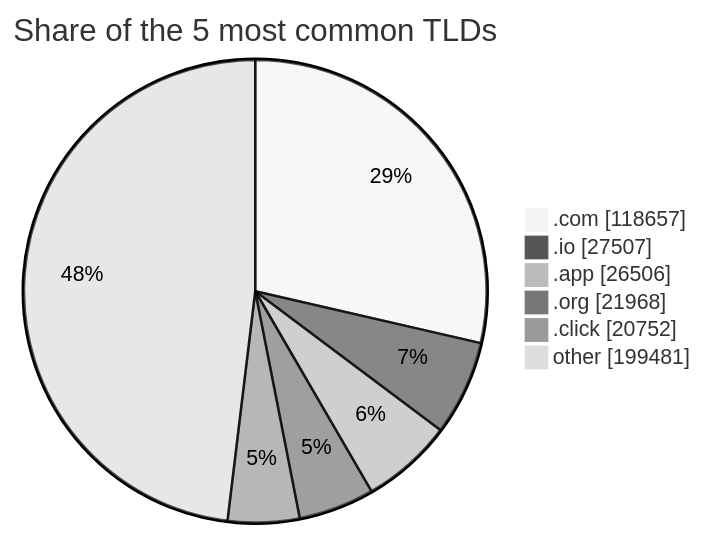
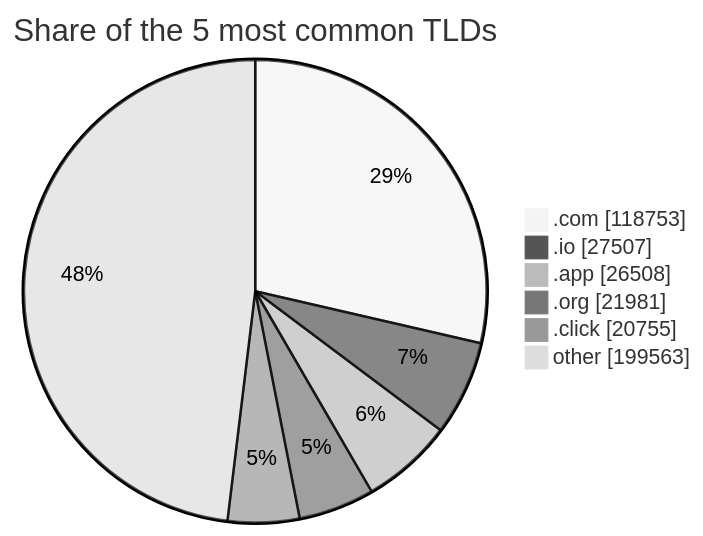
One commit to DNSBunker/CTI changed the third of 3 diagrams in README.md. Above: the diagram before and after it, drawn with Mermaid (neutral theme). The commit also changed other lines of this file and 3 other files, not shown here.

````diff
--- a/README.md
+++ b/README.md
@@ -81,9 +81,9 @@
 ```mermaid
 pie showData title Share of the 5 most common TLDs
-    ".com" : 118657
+    ".com" : 118753
     ".io" : 27507
-    ".app" : 26506
-    ".org" : 21968
-    ".click" : 20752
-    "other" : 199481
+    ".app" : 26508
+    ".org" : 21981
+    ".click" : 20755
+    "other" : 199563
 ```
````
